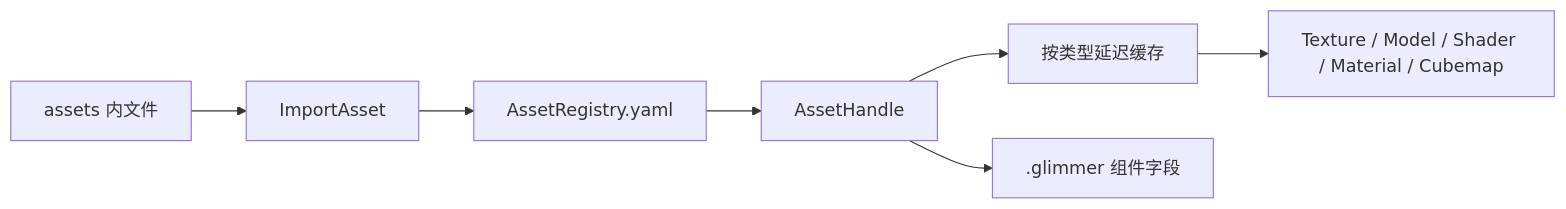
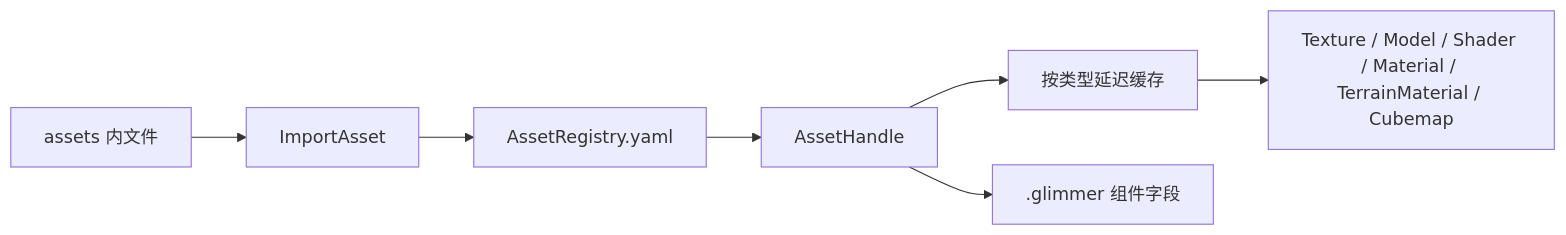
One commit to Ch1aki7/Glimmer changed the fifth of 7 diagrams in ARCHITECTURE.md. Above: the diagram before and after it, drawn with Mermaid. The commit also changed other lines of this file and 43 other files, not shown here.

````diff
--- a/ARCHITECTURE.md
+++ b/ARCHITECTURE.md
@@ -262,9 +267,9 @@
 ```mermaid
 flowchart LR
     Path["assets 内文件"] --> Import["ImportAsset"]
     Import --> Registry["AssetRegistry.yaml"]
     Registry --> Handle["AssetHandle"]
     Handle --> Cache["按类型延迟缓存"]
-    Cache --> Runtime["Texture / Model / Shader / Material / Cubemap"]
+    Cache --> Runtime["Texture / Model / Shader / Material / TerrainMaterial / Cubemap"]
     Handle --> SceneFile[".glimmer 组件字段"]
 ```
````
